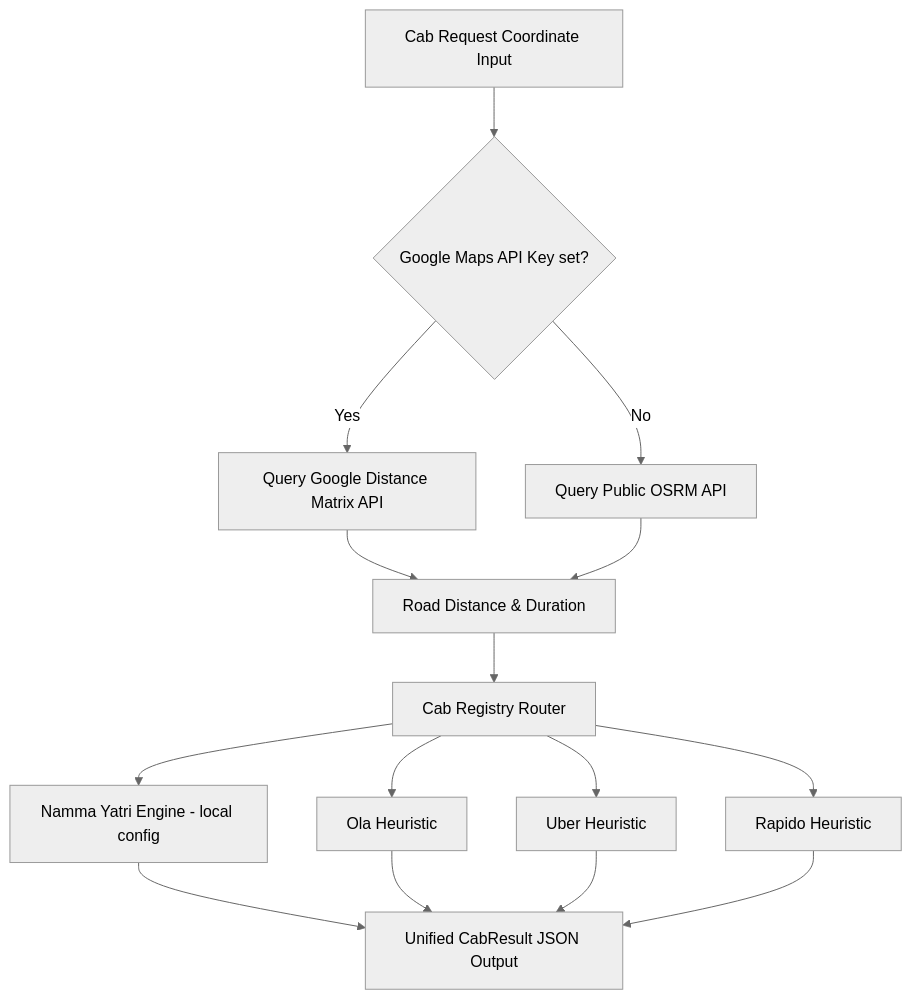
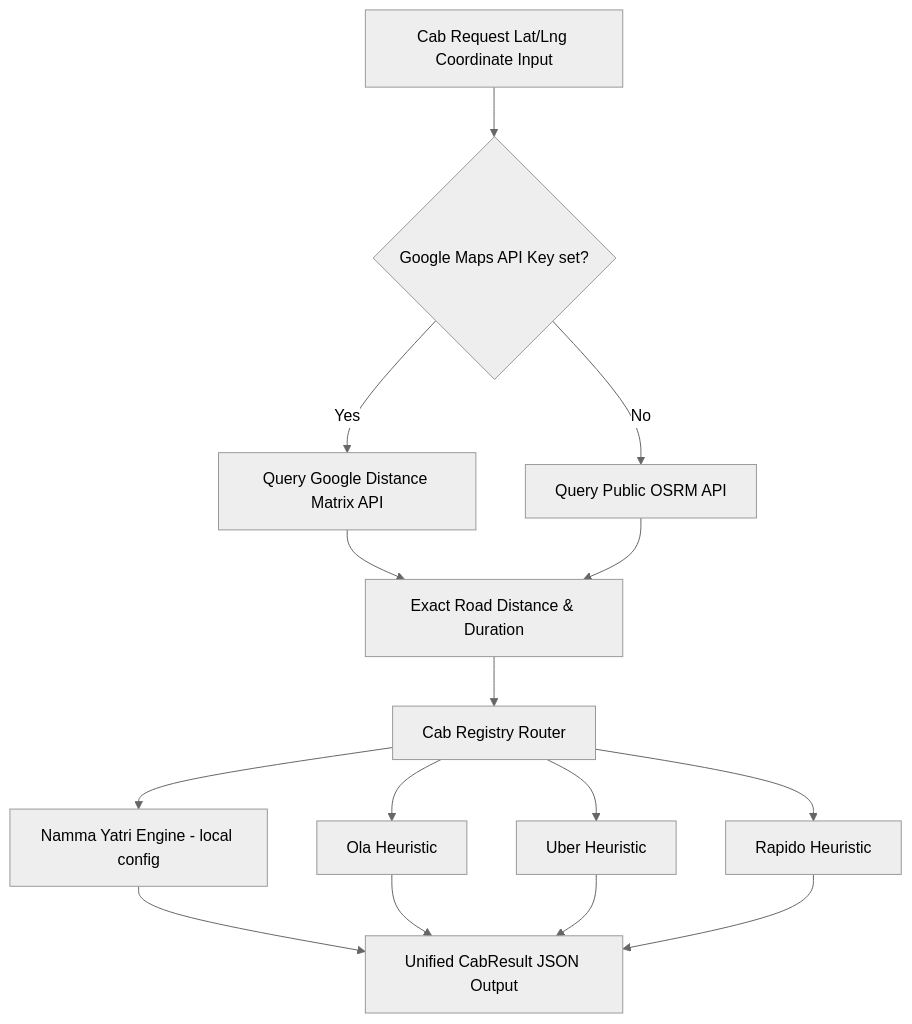
Before and after one commit to Harsha-Hegde-2005/Unified-Comparison-and-Personalized-Travel-Guide: the diagram in docs/cabs_integration_spec.md, drawn with Mermaid (neutral theme). The commit also changed other lines of this file and 4 other files, not shown here.

Commit message:
docs: update README, detailed weekly sprints, cab surge calibration, chatbot constraints, and multimodal graph integration specs

````diff
--- a/docs/cabs_integration_spec.md
+++ b/docs/cabs_integration_spec.md
@@ -9,14 +14,14 @@
 ```mermaid
 graph TD
-    A[Cab Request Coordinate Input] --> B{Google Maps API Key set?}
+    A[Cab Request Lat/Lng Coordinate Input] --> B{Google Maps API Key set?}
     B -- Yes --> C[Query Google Distance Matrix API]
     B -- No --> D[Query Public OSRM API]
-    C --> E[Road Distance & Duration]
+    C --> E[Exact Road Distance & Duration]
     D --> E
     E --> F[Cab Registry Router]
     F --> G[Namma Yatri Engine - local config]
     F --> H[Ola Heuristic]
     F --> I[Uber Heuristic]
     F --> J[Rapido Heuristic]
     G & H & I & J --> K[Unified CabResult JSON Output]
 ```
````
